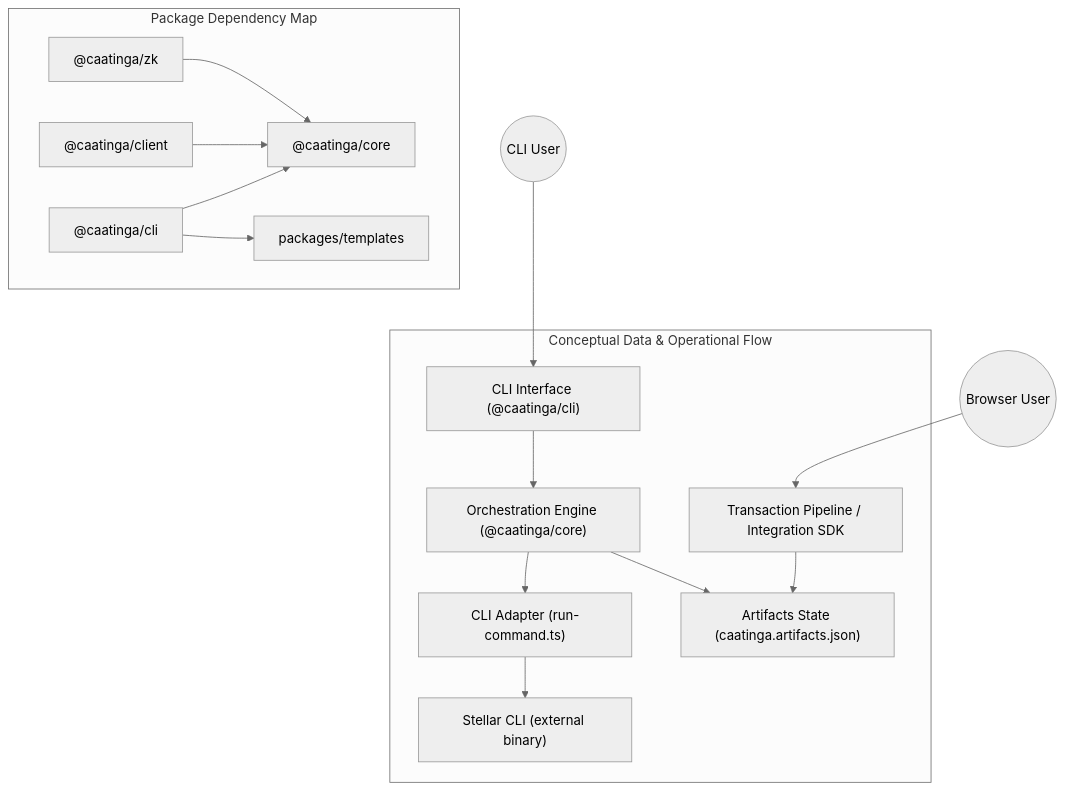
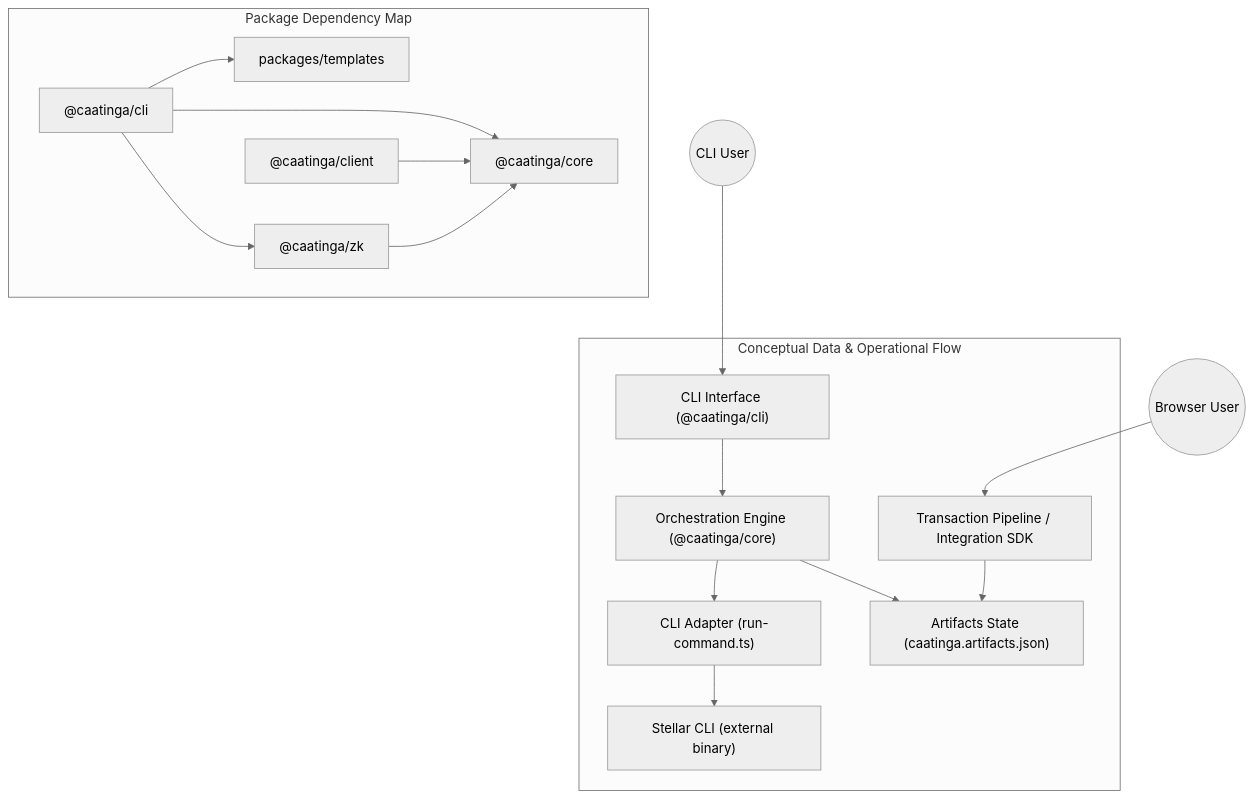
The second of 2 diagrams in docs/architecture.md (Dione-b/caatinga), drawn with Mermaid (neutral theme) before and after one commit. The commit also changed other lines of this file and 35 other files, not shown here.

````diff
--- a/docs/architecture.md
+++ b/docs/architecture.md
@@ -137,36 +137,37 @@
 ```mermaid
 graph TD
   user((CLI User))
   dev((Browser User))
 
   subgraph Conceptual[Conceptual Data & Operational Flow]
     CLI["CLI Interface (@caatinga/cli)"]
     Core["Orchestration Engine (@caatinga/core)"]
     CLIAdapter["CLI Adapter (run-command.ts)"]
     StellarCLI["Stellar CLI (external binary)"]
     Artifacts["Artifacts State (caatinga.artifacts.json)"]
     Runtime["Transaction Pipeline / Integration SDK"]
 
     CLI --> Core
     Core --> CLIAdapter
     CLIAdapter --> StellarCLI
     Core --> Artifacts
     Runtime --> Artifacts
   end
 
   subgraph Packages[Package Dependency Map]
     cliPkg["@caatinga/cli"]
     corePkg["@caatinga/core"]
     clientPkg["@caatinga/client"]
     zkPkg["@caatinga/zk"]
     templatesPkg["packages/templates"]
 
     cliPkg --> corePkg
     cliPkg --> templatesPkg
+    cliPkg --> zkPkg
     clientPkg --> corePkg
     zkPkg --> corePkg
   end
 
   user --> CLI
   dev --> Runtime
 ```
````
